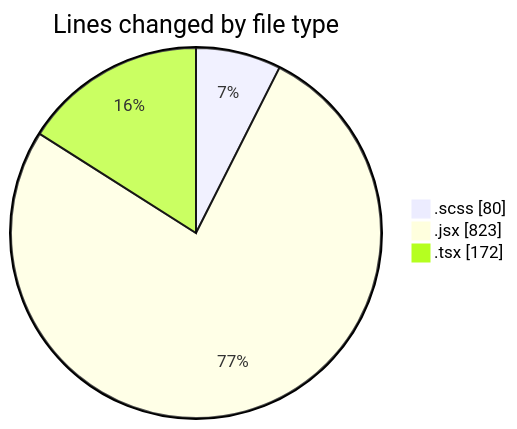
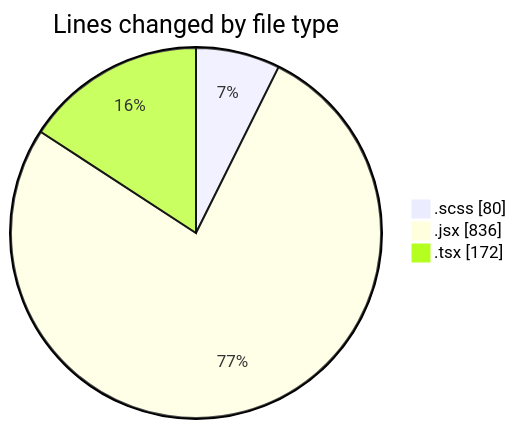
The first of 2 diagrams in 2025-06-03/cda/README.md (momahboobian/code-tracking), drawn with Mermaid before and after one commit. The commit also changed other lines of this file and 1 other file, not shown here.

````diff
--- a/2025-06-03/cda/README.md
+++ b/2025-06-03/cda/README.md
@@ -23,7 +23,7 @@
 ```mermaid
 pie showData
 title Lines changed by file type
 ".scss" : 80
-".jsx" : 823
+".jsx" : 836
 ".tsx" : 172
 ```
````
